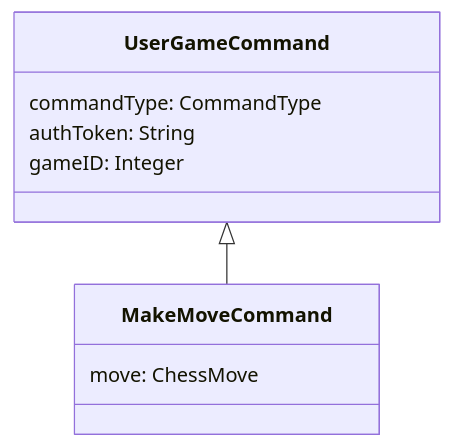
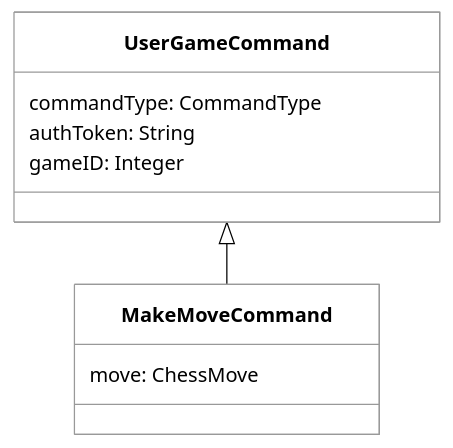
Before and after one commit to byucsstudent/cs240v2: the third of 4 diagrams in chess/6-gameplay/gameplay.md, drawn with Mermaid. The commit also changed other lines of this file, not shown here.

````diff
--- a/chess/6-gameplay/gameplay.md
+++ b/chess/6-gameplay/gameplay.md
@@ -136,13 +137,15 @@
 ```mermaid
+%%{init: { 'theme': 'neutral', 'themeVariables': { 'mainBkg': '#ffffff', 'lineColor': '#000000', 'primaryTextColor': '#000000', 'actorBorder': '#000000', 'participantBorder': '#000000', 'noteBorderColor': '#000000' } }}%%
+
 classDiagram
     class UserGameCommand {
         commandType: CommandType
         authToken: String
         gameID: Integer
     }
     class MakeMoveCommand {
         move: ChessMove
     }
     UserGameCommand <|-- MakeMoveCommand
 
 ```
````
